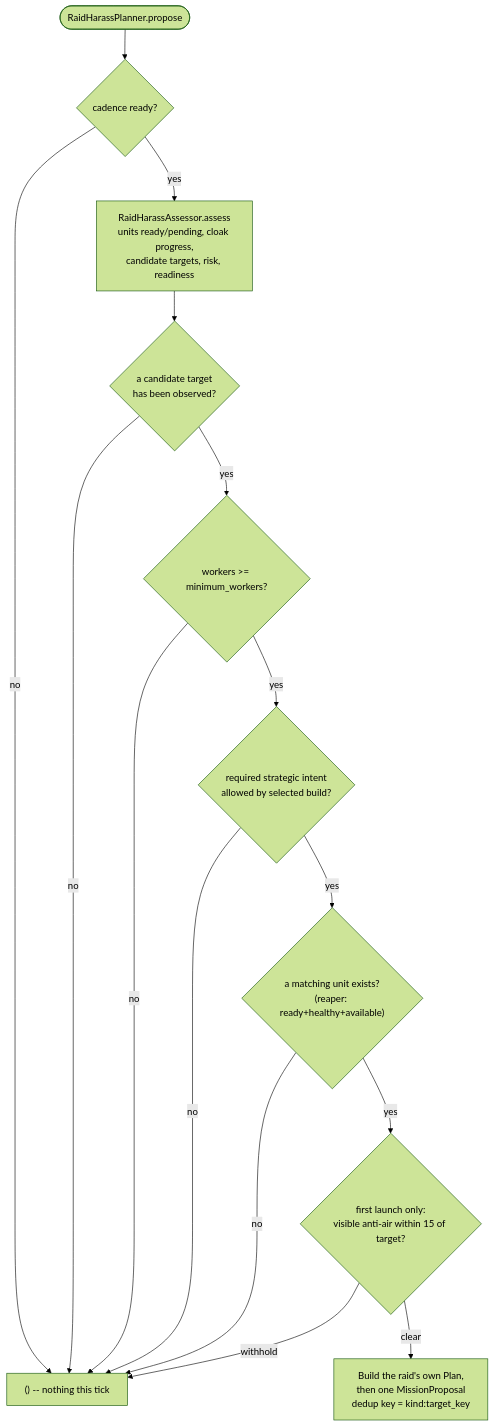
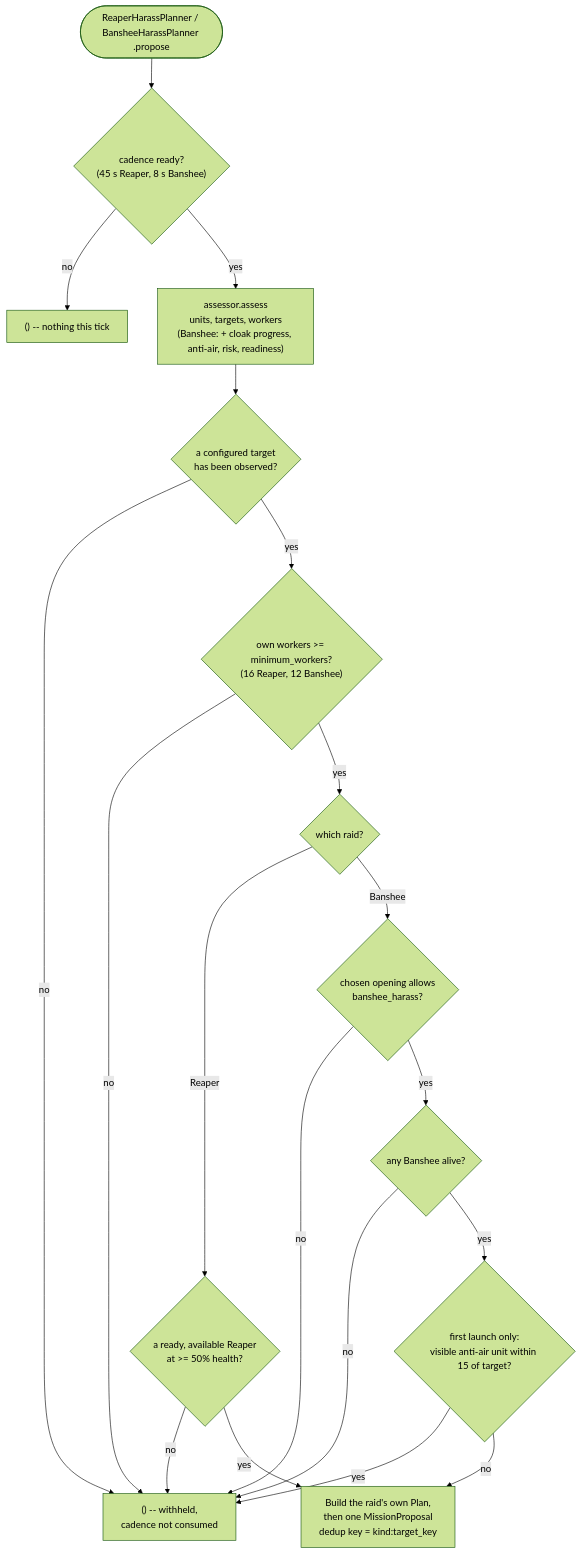
One commit to LeonardoSilvestrin/sc2bot changed the second of 3 diagrams in _botdev/architecture/harass-and-defense-planners.md. Above: the diagram before and after it, drawn with Mermaid (forest theme). The commit also changed other lines of this file and 23 other files, not shown here.

````diff
--- a/_botdev/architecture/harass-and-defense-planners.md
+++ b/_botdev/architecture/harass-and-defense-planners.md
@@ -113,17 +122,21 @@
 ```mermaid
 flowchart TD
-    Propose(["RaidHarassPlanner.propose"]) --> Cadence{"cadence ready?"}
+    Propose(["ReaperHarassPlanner / BansheeHarassPlanner .propose"]) --> Cadence{"cadence ready?\n(45 s Reaper, 8 s Banshee)"}
     Cadence -->|no| Skip["() -- nothing this tick"]
-    Cadence -->|yes| Assess["RaidHarassAssessor.assess\nunits ready/pending, cloak progress,\ncandidate targets, risk, readiness"]
-    Assess --> Loc{"a candidate target\nhas been observed?"}
-    Loc -->|no| Skip
-    Loc -->|yes| Workers{"workers >= minimum_workers?"}
-    Workers -->|no| Skip
-    Workers -->|yes| Intent{"required strategic intent\nallowed by selected build?"}
-    Intent -->|no| Skip
-    Intent -->|yes| Launchable{"a matching unit exists?\n(reaper: ready+healthy+available)"}
-    Launchable -->|no| Skip
-    Launchable -->|yes| Safe{"first launch only:\nvisible anti-air within 15 of target?"}
-    Safe -->|withhold| Skip
-    Safe -->|clear| Plan["Build the raid's own Plan,\nthen one MissionProposal\ndedup key = kind:target_key"]
+    Cadence -->|yes| Assess["assessor.assess\nunits, targets, workers\n(Banshee: + cloak progress, anti-air, risk, readiness)"]
+    Assess --> Loc{"a configured target\nhas been observed?"}
+    Loc -->|no| Withhold["() -- withheld,\ncadence not consumed"]
+    Loc -->|yes| Workers{"own workers >= minimum_workers?\n(16 Reaper, 12 Banshee)"}
+    Workers -->|no| Withhold
+    Workers -->|yes| Kind{"which raid?"}
+    Kind -->|Reaper| Spare{"a ready, available Reaper\nat >= 50% health?"}
+    Spare -->|no| Withhold
+    Spare -->|yes| Plan["Build the raid's own Plan,\nthen one MissionProposal\ndedup key = kind:target_key"]
+    Kind -->|Banshee| Intent{"chosen opening allows\nbanshee_harass?"}
+    Intent -->|no| Withhold
+    Intent -->|yes| Alive{"any Banshee alive?"}
+    Alive -->|no| Withhold
+    Alive -->|yes| Safe{"first launch only:\nvisible anti-air unit within 15 of target?"}
+    Safe -->|yes| Withhold
+    Safe -->|no| Plan
 ```
````
